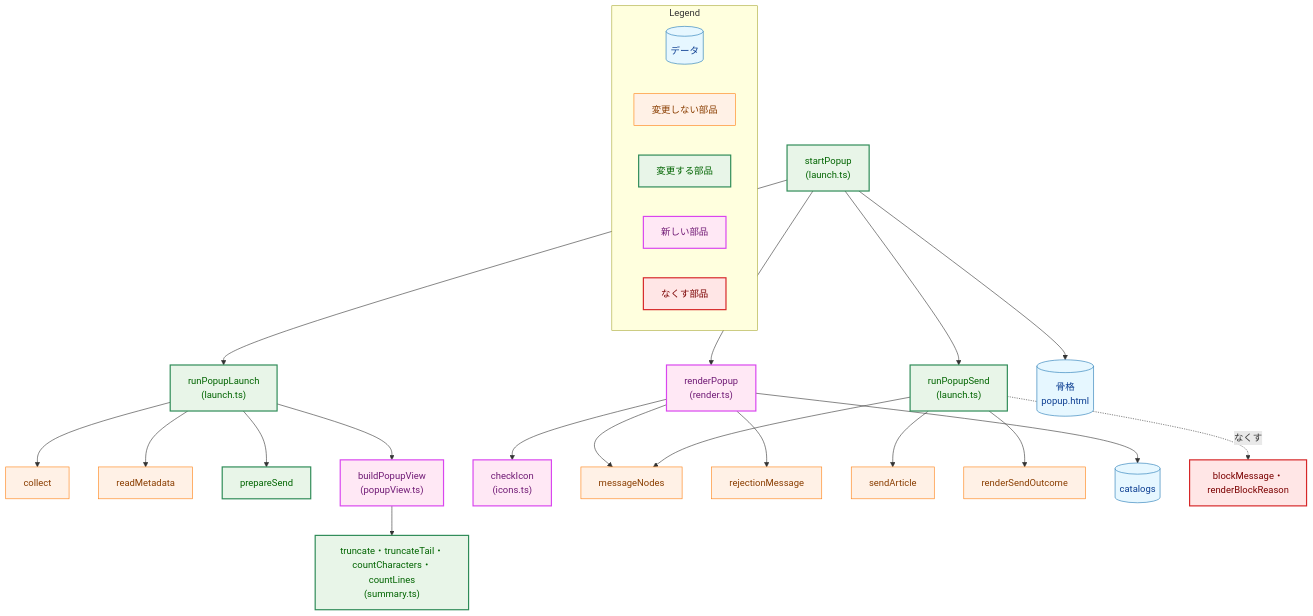
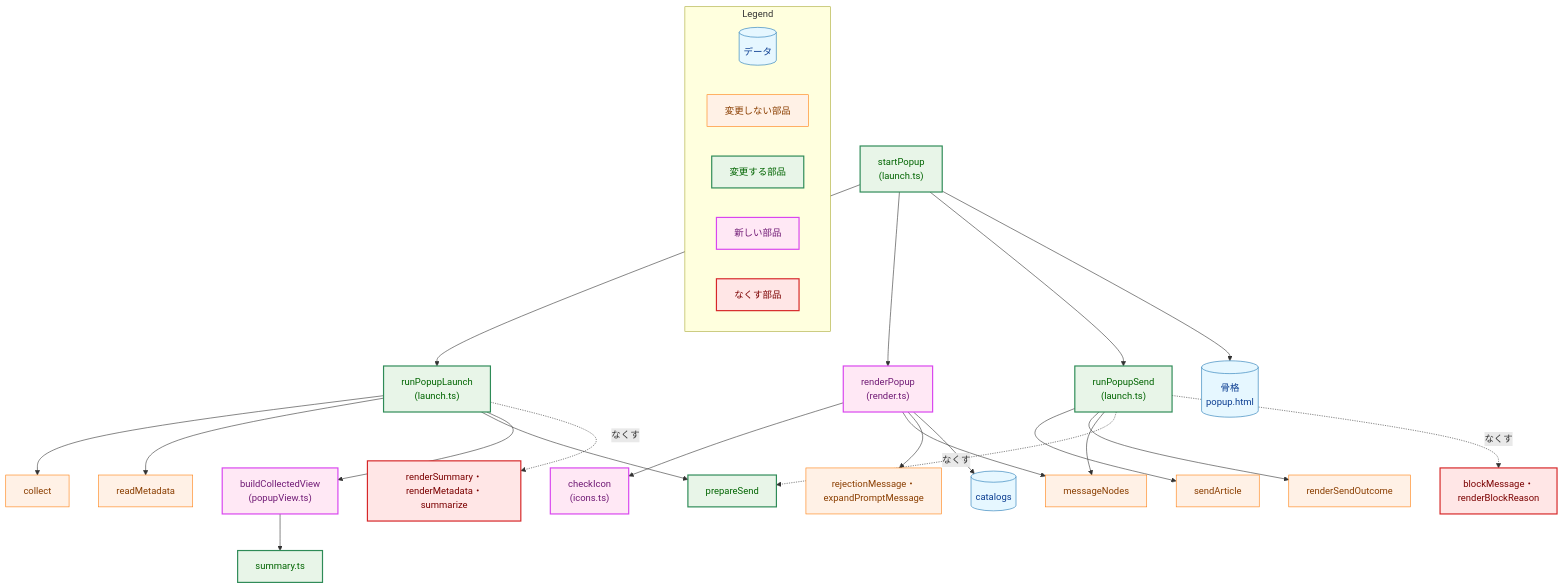
Before and after one commit to isseis/yt2column: the second of 5 diagrams in docs/tasks/0046_popup_redesign/02_architecture.md, drawn with Mermaid. The commit also changed other lines of this file, not shown here.

First line of the commit message:
docs(0046): address architecture review and Japanese prose findings

````diff
--- a/docs/tasks/0046_popup_redesign/02_architecture.md
+++ b/docs/tasks/0046_popup_redesign/02_architecture.md
@@ -145,63 +148,66 @@
 ```mermaid
 flowchart TB
     classDef data fill:#e6f7ff,stroke:#1f77b4,stroke-width:1px,color:#0b3d91;
     classDef process fill:#fff1e6,stroke:#ff7f0e,stroke-width:1px,color:#8a3e00;
     classDef enhanced fill:#e8f5e8,stroke:#2e8b57,stroke-width:2px,color:#006400;
     classDef newpkg fill:#ffe8f5,stroke:#d946ef,stroke-width:2px,color:#701a75;
     classDef problem fill:#ffe6e6,stroke:#d62728,stroke-width:2px,color:#7b0000;
 
     START["startPopup<br>(launch.ts)"]
     LAUNCH["runPopupLaunch<br>(launch.ts)"]
     SEND["runPopupSend<br>(launch.ts)"]
     COLLECT["collect"]
     READMETA["readMetadata"]
     PREPARE["prepareSend"]
-    BUILD["buildPopupView<br>(popupView.ts)"]
-    SUMMARY["truncate・truncateTail・<br>countCharacters・countLines<br>(summary.ts)"]
+    BUILD["buildCollectedView<br>(popupView.ts)"]
+    SUMMARY["summary.ts"]
     RENDERP["renderPopup<br>(render.ts)"]
     ICONS["checkIcon<br>(icons.ts)"]
     MSG["messageNodes"]
-    REJ["rejectionMessage"]
+    MESSAGES["rejectionMessage・<br>expandPromptMessage"]
     SENDART["sendArticle"]
     OUTMSG["renderSendOutcome"]
     CAT[("catalogs")]
     SKEL[("骨格<br>popup.html")]
+    OLDR["renderSummary・<br>renderMetadata・summarize"]
     BLOCK["blockMessage・<br>renderBlockReason"]
 
     START --> LAUNCH
     START --> RENDERP
     START --> SEND
     START --> SKEL
     LAUNCH --> COLLECT
     LAUNCH --> READMETA
     LAUNCH --> PREPARE
     LAUNCH --> BUILD
     BUILD --> SUMMARY
     RENDERP --> ICONS
     RENDERP --> MSG
-    RENDERP --> REJ
+    RENDERP --> MESSAGES
     RENDERP --> CAT
     SEND --> SENDART
     SEND --> OUTMSG
     SEND --> MSG
+    LAUNCH -.->|"なくす"| OLDR
+    SEND -.->|"なくす"| PREPARE
     SEND -.->|"なくす"| BLOCK
 
     class CAT,SKEL data
-    class COLLECT,READMETA,SENDART,OUTMSG,MSG,REJ process
+    class COLLECT,READMETA,SENDART,OUTMSG,MSG,MESSAGES process
     class START,LAUNCH,SEND,PREPARE,SUMMARY enhanced
     class BUILD,RENDERP,ICONS newpkg
-    class BLOCK problem
+    class OLDR,BLOCK problem
 
     subgraph Legend["Legend"]
         L1[("データ")]
         L2["変更しない部品"]
         L3["変更する部品"]
         L4["新しい部品"]
         L5["なくす部品"]
     end
     class L1 data
     class L2 process
     class L3 enhanced
     class L4 newpkg
     class L5 problem
 ```
````
